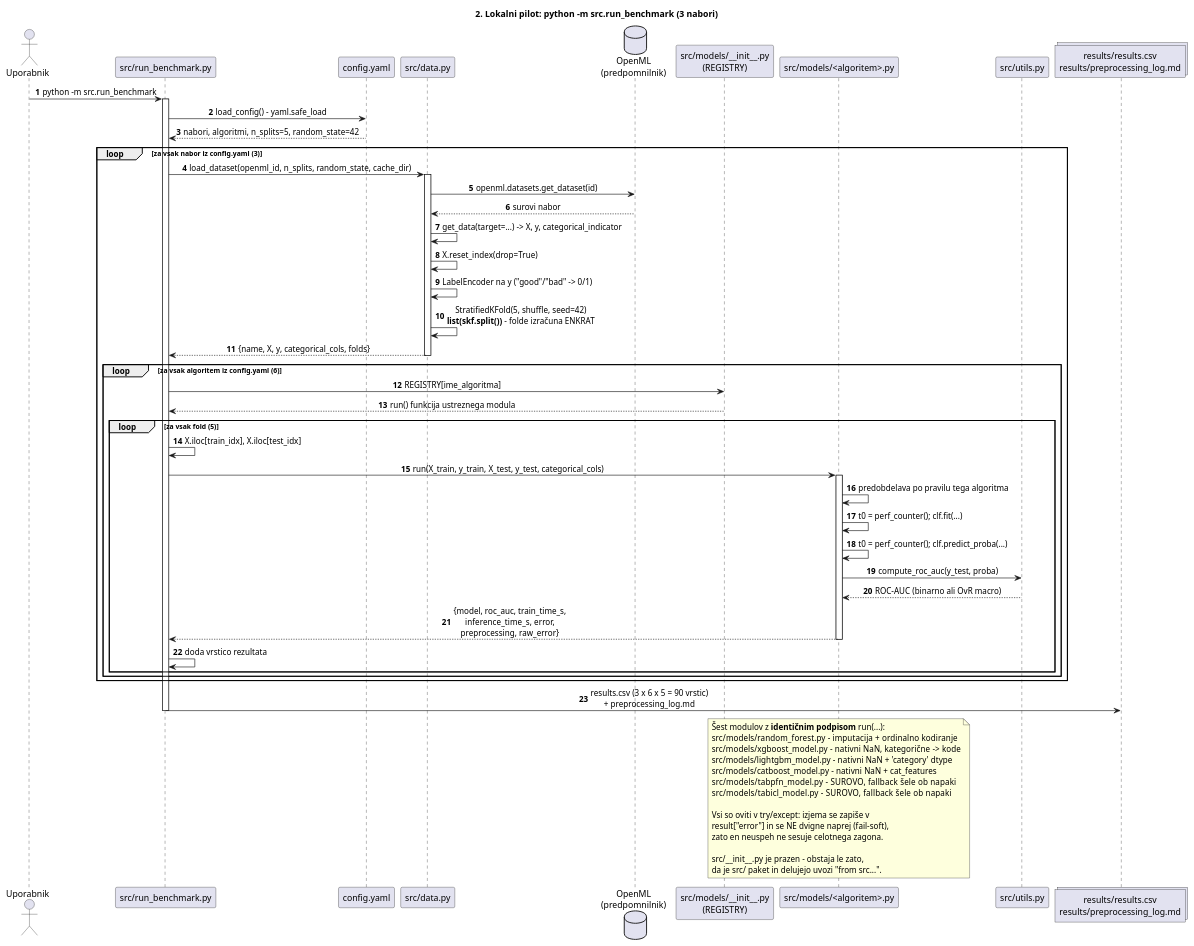
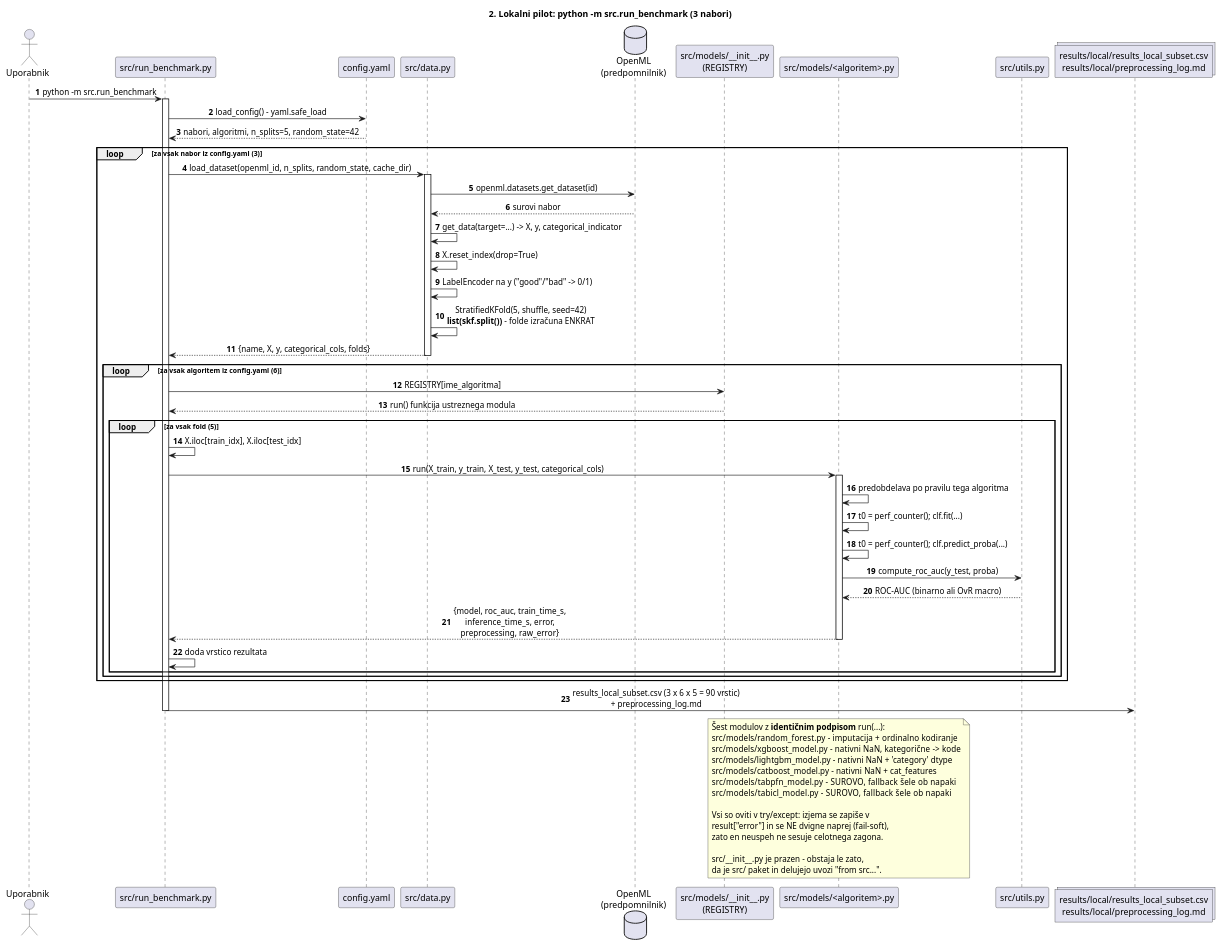
The second of 4 diagrams in razlaga_repozitorija/zaporedje.puml (TilenZrnec/Diplomsko-delo_Koda), drawn with PlantUML before and after one commit. The commit also changed other lines of this file and 17 other files, not shown here.

```diff
--- a/razlaga_repozitorija/zaporedje.puml
+++ b/razlaga_repozitorija/zaporedje.puml
@@ -87,75 +87,75 @@
 @startuml 02_lokalni_pilot
 title 2. Lokalni pilot: python -m src.run_benchmark (3 nabori)
 
 skinparam sequenceMessageAlign center
 autonumber
 
 actor "Uporabnik" as U
 participant "src/run_benchmark.py" as BENCH
 participant "config.yaml" as CFG
 participant "src/data.py" as DATA
 database "OpenML\n(predpomnilnik)" as OML
 participant "src/models/~__init~__.py\n(REGISTRY)" as REG
 participant "src/models/<algoritem>.py" as MODEL
 participant "src/utils.py" as UTILS
-collections "results/results.csv\nresults/preprocessing_log.md" as OUT
+collections "results/local/results_local_subset.csv\nresults/local/preprocessing_log.md" as OUT
 
 U -> BENCH : python -m src.run_benchmark
 activate BENCH
 
 BENCH -> CFG : load_config() - yaml.safe_load
 CFG --> BENCH : nabori, algoritmi, n_splits=5, random_state=42
 
 loop za vsak nabor iz config.yaml (3)
     BENCH -> DATA : load_dataset(openml_id, n_splits, random_state, cache_dir)
     activate DATA
     DATA -> OML : openml.datasets.get_dataset(id)
     OML --> DATA : surovi nabor
     DATA -> DATA : get_data(target=...) -> X, y, categorical_indicator
     DATA -> DATA : X.reset_index(drop=True)
     DATA -> DATA : LabelEncoder na y ("good"/"bad" -> 0/1)
     DATA -> DATA : StratifiedKFold(5, shuffle, seed=42)\n**list(skf.split())** - folde izračuna ENKRAT
     DATA --> BENCH : {name, X, y, categorical_cols, folds}
     deactivate DATA
 
     loop za vsak algoritem iz config.yaml (6)
         BENCH -> REG : REGISTRY[ime_algoritma]
         REG --> BENCH : run() funkcija ustreznega modula
 
         loop za vsak fold (5)
             BENCH -> BENCH : X.iloc[train_idx], X.iloc[test_idx]
             BENCH -> MODEL : run(X_train, y_train, X_test, y_test, categorical_cols)
             activate MODEL
             MODEL -> MODEL : predobdelava po pravilu tega algoritma
             MODEL -> MODEL : t0 = perf_counter(); clf.fit(...)
             MODEL -> MODEL : t0 = perf_counter(); clf.predict_proba(...)
             MODEL -> UTILS : compute_roc_auc(y_test, proba)
             UTILS --> MODEL : ROC-AUC (binarno ali OvR macro)
             MODEL --> BENCH : {model, roc_auc, train_time_s,\ninference_time_s, error,\npreprocessing, raw_error}
             deactivate MODEL
             BENCH -> BENCH : doda vrstico rezultata
         end
     end
 end
 
-BENCH -> OUT : results.csv (3 x 6 x 5 = 90 vrstic)\n+ preprocessing_log.md
+BENCH -> OUT : results_local_subset.csv (3 x 6 x 5 = 90 vrstic)\n+ preprocessing_log.md
 deactivate BENCH
 
 note over MODEL
   Šest modulov z **identičnim podpisom** run(...):
   src/models/random_forest.py   - imputacija + ordinalno kodiranje
   src/models/xgboost_model.py   - nativni NaN, kategorične -> kode
   src/models/lightgbm_model.py  - nativni NaN + 'category' dtype
   src/models/catboost_model.py  - nativni NaN + cat_features
   src/models/tabpfn_model.py    - SUROVO, fallback šele ob napaki
   src/models/tabicl_model.py    - SUROVO, fallback šele ob napaki
 
   Vsi so oviti v try/except: izjema se zapiše v
   result["error"] in se NE dvigne naprej (fail-soft),
   zato en neuspeh ne sesuje celotnega zagona.
 
   src/~__init~__.py je prazen - obstaja le zato,
   da je src/ paket in delujejo uvozi "from src...".
 end note
 
 @enduml
```
